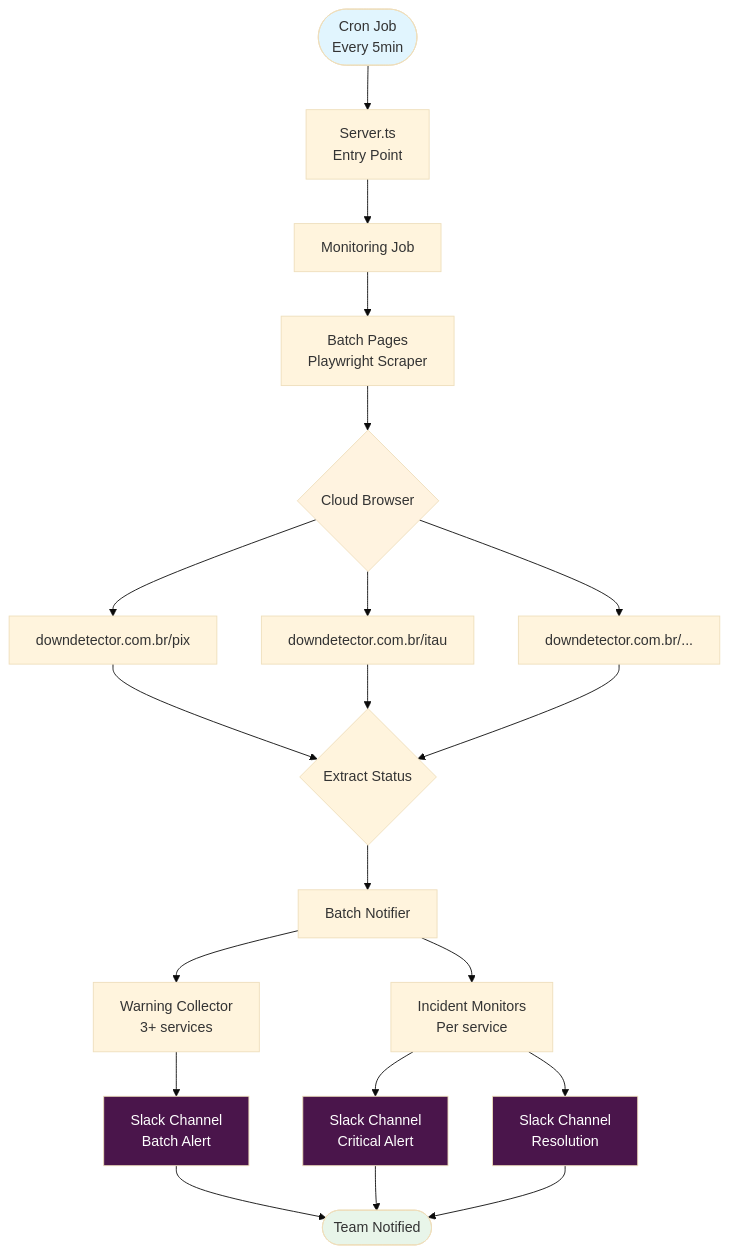
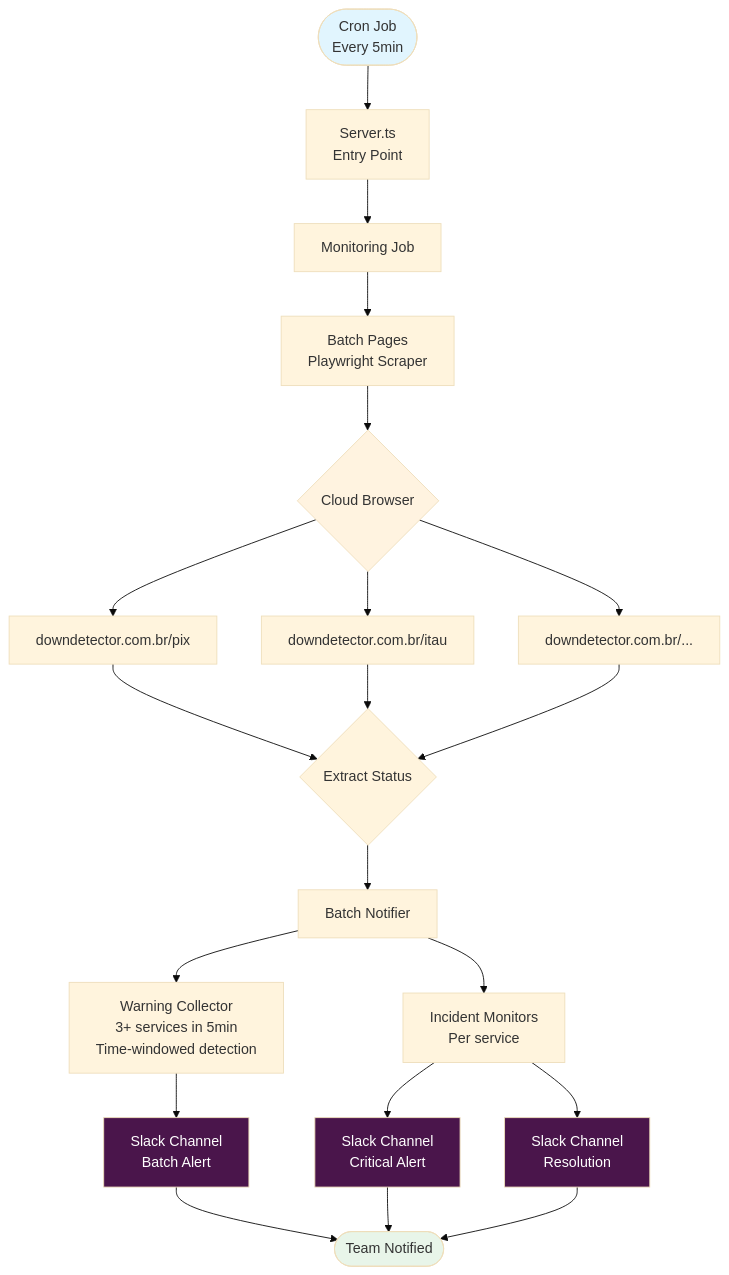
The first of 2 diagrams in README.md (eduardotashiro/downdetector-slack), drawn with Mermaid (base theme) before and after one commit. The commit also changed other lines of this file, not shown here.

````diff
--- a/README.md
+++ b/README.md
@@ -70,34 +71,34 @@
 ```mermaid
 graph TB
     Start([Cron Job<br/>Every 5min]) --> Server[Server.ts<br/>Entry Point]
     Server --> Job[Monitoring Job]
     Job --> Scraper[Batch Pages<br/>Playwright Scraper]
     
     Scraper --> Browser{Cloud Browser}
     Browser --> DD1[downdetector.com.br/pix]
     Browser --> DD2[downdetector.com.br/itau]
     Browser --> DD3[downdetector.com.br/...]
     
     DD1 --> Data{Extract Status}
     DD2 --> Data
     DD3 --> Data
     
     Data --> Notifier[Batch Notifier]
-    Notifier --> Warning[Warning Collector<br/>3+ services]
+    Notifier --> Warning[Warning Collector<br/>3+ services in 5min<br/>Time-windowed detection]
     Notifier --> Incident[Incident Monitors<br/>Per service]
     
     Warning --> Slack1[Slack Channel<br/>Batch Alert]
     Incident --> Slack2[Slack Channel<br/>Critical Alert]
     Incident --> Slack3[Slack Channel<br/>Resolution]
     
     Slack1 --> End([Team Notified])
     Slack2 --> End
     Slack3 --> End
     
     style Start fill:#e1f5fe
     style Browser fill:#fff3e0
     style Slack1 fill:#4A154B,color:#fff
     style Slack2 fill:#4A154B,color:#fff
     style Slack3 fill:#4A154B,color:#fff
     style End fill:#e8f5e9
 ```
````
